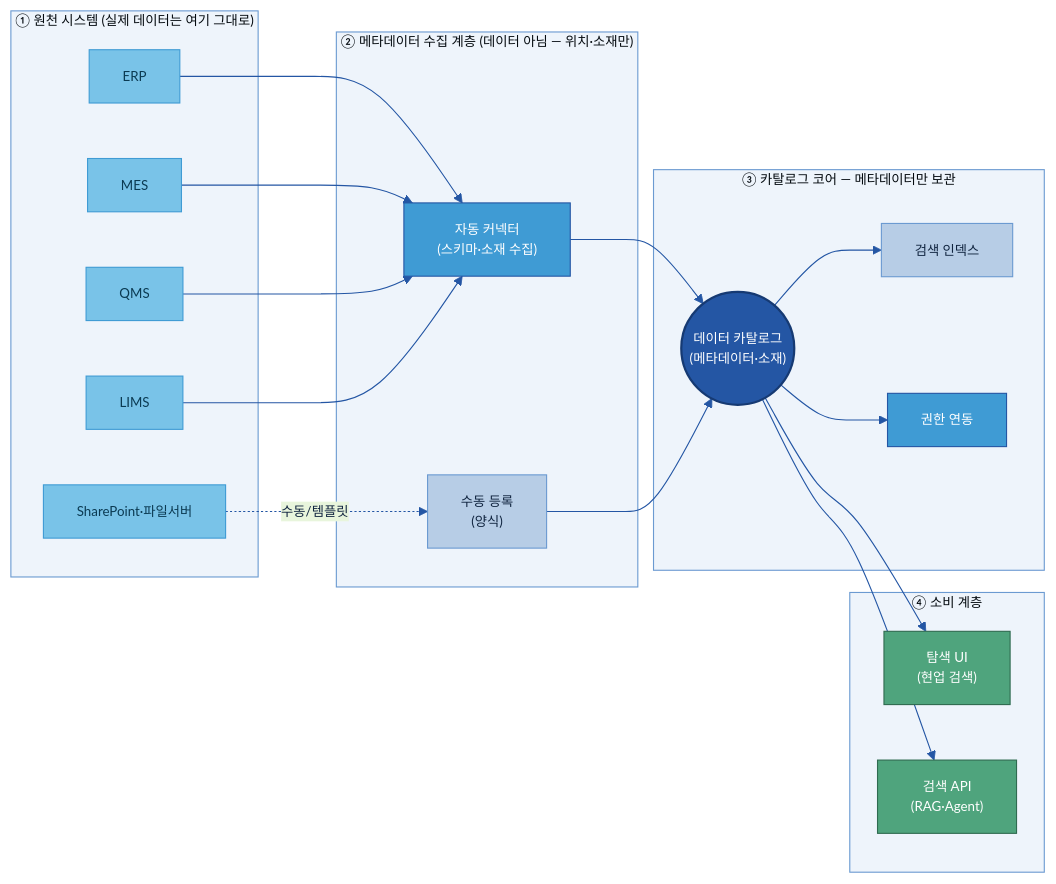
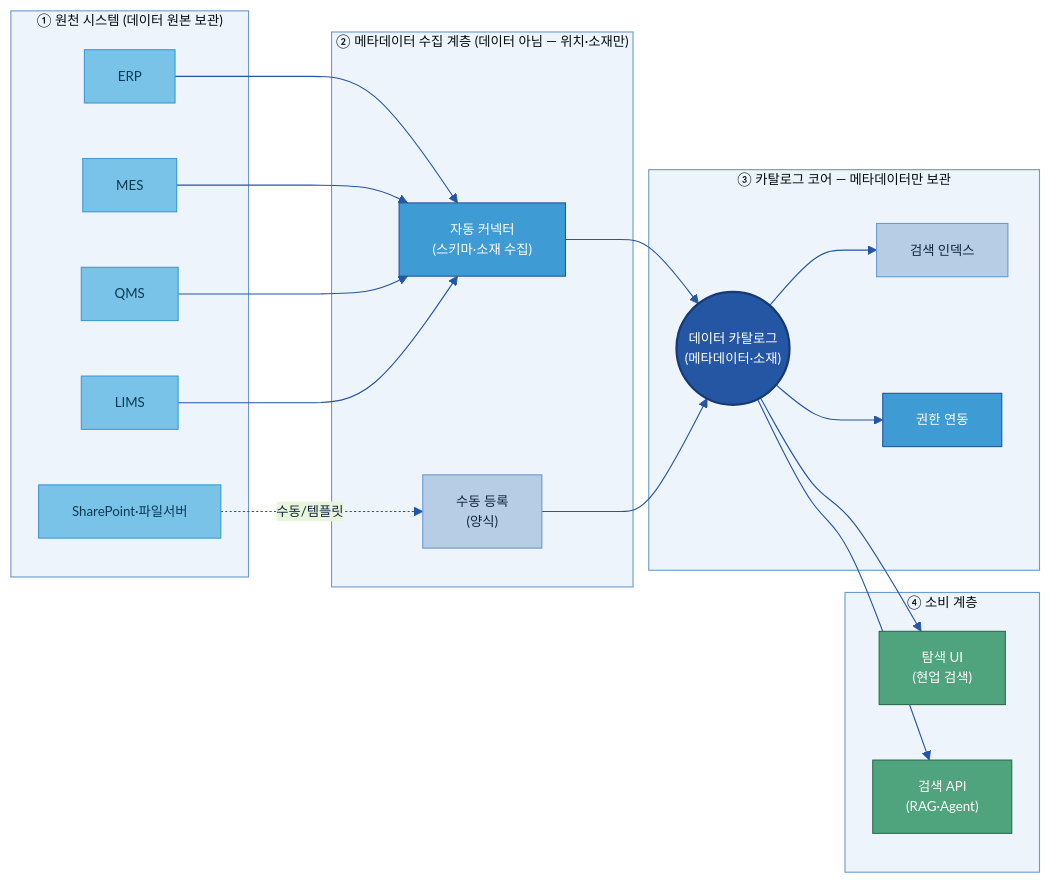
One commit to jin-kearney/ai-ready-data-manual changed the fifth of 8 diagrams in 가이드 작성/A-1 데이터 카탈로그/A-1 데이터 카탈로그.md. Above: the diagram before and after it, drawn with Mermaid. The commit also changed other lines of this file and 1 other file, not shown here.

````diff
--- a/가이드 작성/A-1 데이터 카탈로그/A-1 데이터 카탈로그.md
+++ b/가이드 작성/A-1 데이터 카탈로그/A-1 데이터 카탈로그.md
@@ -436,37 +436,37 @@
 ```mermaid
 %%{init: {'theme':'base','themeVariables':{'primaryColor':'#DCE8F5','primaryBorderColor':'#2456A4','primaryTextColor':'#10243f','lineColor':'#2456A4','clusterBkg':'#EEF4FB','clusterBorder':'#6B9AD1','fontSize':'12px'}}}%%
 flowchart LR
-    subgraph SRC["① 원천 시스템 (실제 데이터는 여기 그대로)"]
+    subgraph SRC["① 원천 시스템 (데이터 원본 보관)"]
         SAP["ERP"]:::src
         MES["MES"]:::src
         QMS["QMS"]:::src
         LIMS["LIMS"]:::src
         SP["SharePoint·파일서버"]:::src
     end
     subgraph COLL["② 메타데이터 수집 계층 (데이터 아님 — 위치·소재만)"]
         AUTO["자동 커넥터<br/>(스키마·소재 수집)"]:::gate
         MAN["수동 등록<br/>(양식)"]:::n
     end
     subgraph CORE["③ 카탈로그 코어 — 메타데이터만 보관"]
         CAT(("데이터 카탈로그<br/>(메타데이터·소재)")):::cat
         IDX["검색 인덱스"]:::n
         AUTH["권한 연동"]:::gate
     end
     subgraph CONS["④ 소비 계층"]
         WEB["탐색 UI<br/>(현업 검색)"]:::loop
         API["검색 API<br/>(RAG·Agent)"]:::loop
     end
     SAP & MES & QMS & LIMS --> AUTO
     SP -.수동/템플릿.-> MAN
     AUTO --> CAT
     MAN --> CAT
     CAT --> IDX
     CAT --> AUTH
     CAT --> WEB
     CAT --> API
     classDef n fill:#B7CDE6,stroke:#6B9AD1,color:#10243f;
     classDef src fill:#79C3E8,stroke:#3F9BD4,color:#0b3a52;
     classDef cat fill:#2456A4,color:#fff,stroke:#163a73,stroke-width:2px;
     classDef gate fill:#3F9BD4,stroke:#2456A4,color:#fff;
     classDef loop fill:#4FA47D,stroke:#2f6b50,color:#fff;
 ```
````
